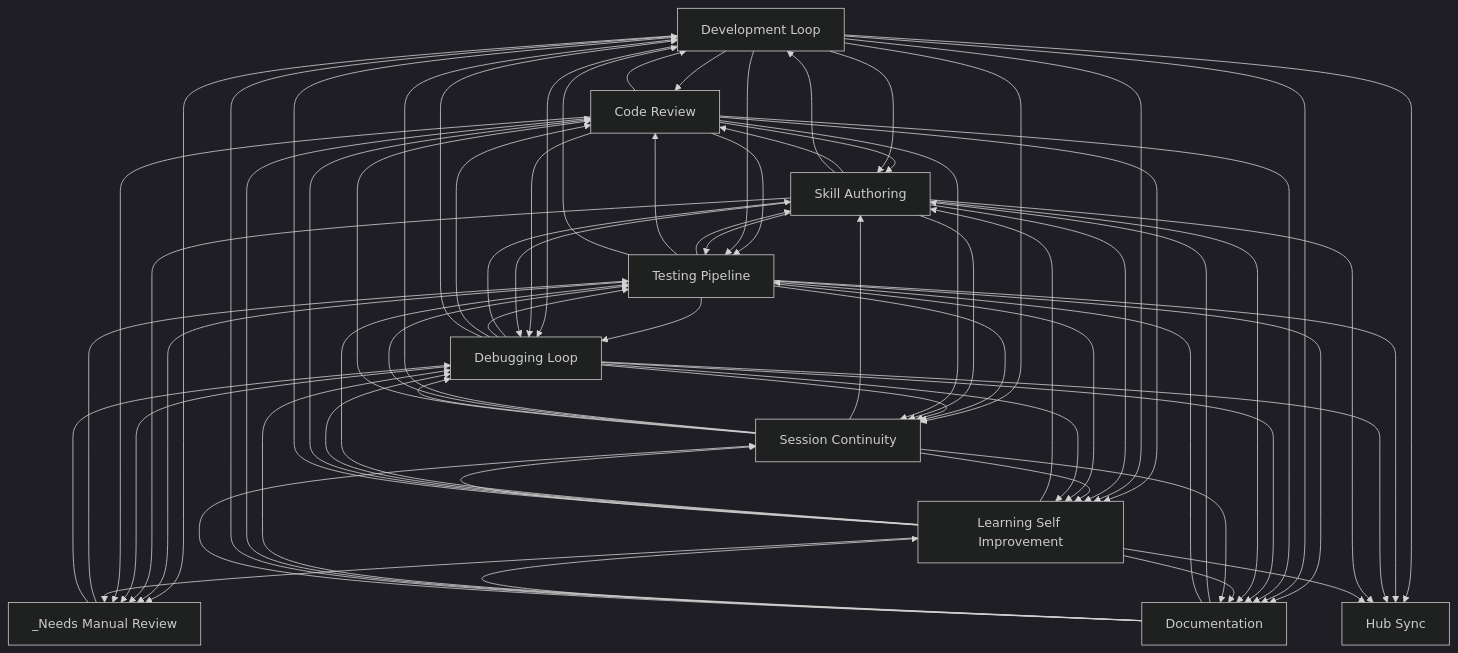
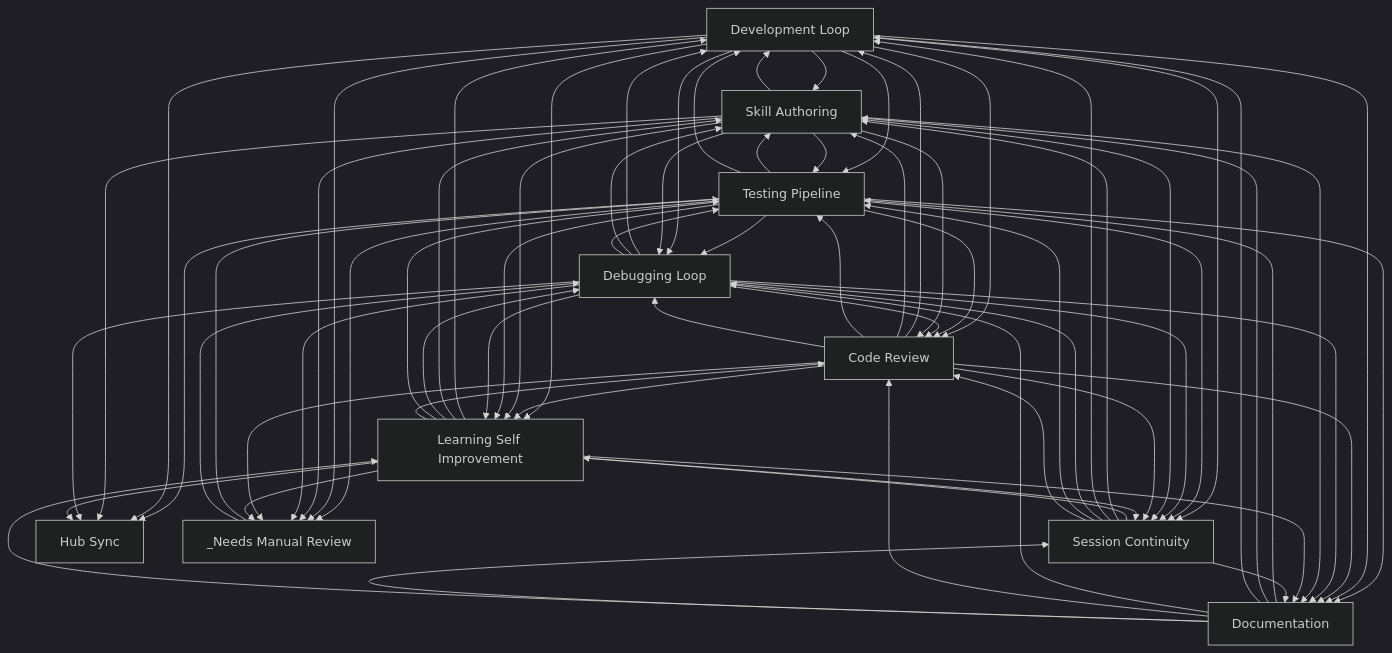
Before and after one commit to abhayla/claude-best-practices: the diagram in docs/workflows/INDEX.md, drawn with Mermaid (dark theme). The commit also changed other lines of this file and 12 other files, not shown here.

````diff
--- a/docs/workflows/INDEX.md
+++ b/docs/workflows/INDEX.md
@@ -22,82 +22,82 @@
 ```mermaid
 graph TD
     development_loop[Development Loop]
     testing_pipeline[Testing Pipeline]
     debugging_loop[Debugging Loop]
     learning_self_improvement[Learning Self Improvement]
     session_continuity[Session Continuity]
     skill_authoring[Skill Authoring]
     code_review[Code Review]
     documentation[Documentation]
     hub_sync[Hub Sync]
     _needs_manual_review[_Needs Manual Review]
+    documentation --> testing_pipeline
     documentation --> skill_authoring
-    documentation --> testing_pipeline
+    development_loop --> skill_authoring
+    development_loop --> code_review
     code_review --> development_loop
     code_review --> skill_authoring
-    development_loop --> code_review
-    development_loop --> skill_authoring
+    development_loop --> testing_pipeline
+    development_loop --> learning_self_improvement
+    code_review --> testing_pipeline
     code_review --> learning_self_improvement
-    code_review --> testing_pipeline
-    development_loop --> learning_self_improvement
-    development_loop --> testing_pipeline
+    testing_pipeline --> skill_authoring
     skill_authoring --> testing_pipeline
-    testing_pipeline --> skill_authoring
+    testing_pipeline --> development_loop
     testing_pipeline --> debugging_loop
     testing_pipeline --> code_review
-    testing_pipeline --> development_loop
     testing_pipeline --> documentation
+    debugging_loop --> development_loop
     debugging_loop --> skill_authoring
     debugging_loop --> testing_pipeline
     debugging_loop --> code_review
-    debugging_loop --> development_loop
     development_loop --> debugging_loop
     development_loop --> documentation
+    skill_authoring --> development_loop
     skill_authoring --> code_review
-    skill_authoring --> development_loop
     skill_authoring --> learning_self_improvement
+    testing_pipeline --> _needs_manual_review
     development_loop --> _needs_manual_review
-    testing_pipeline --> _needs_manual_review
+    code_review --> debugging_loop
+    documentation --> development_loop
     documentation --> debugging_loop
     documentation --> code_review
-    documentation --> development_loop
-    code_review --> debugging_loop
     code_review --> documentation
     development_loop --> session_continuity
     session_continuity --> learning_self_improvement
     _needs_manual_review --> testing_pipeline
     testing_pipeline --> session_continuity
     testing_pipeline --> learning_self_improvement
     debugging_loop --> session_continuity
     debugging_loop --> learning_self_improvement
     debugging_loop --> documentation
     documentation --> learning_self_improvement
     skill_authoring --> session_continuity
     skill_authoring --> debugging_loop
     _needs_manual_review --> debugging_loop
+    learning_self_improvement --> development_loop
     learning_self_improvement --> skill_authoring
+    learning_self_improvement --> debugging_loop
     learning_self_improvement --> testing_pipeline
-    learning_self_improvement --> debugging_loop
     learning_self_improvement --> code_review
-    learning_self_improvement --> development_loop
     skill_authoring --> _needs_manual_review
     debugging_loop --> _needs_manual_review
     code_review --> _needs_manual_review
     skill_authoring --> documentation
+    code_review --> session_continuity
     learning_self_improvement --> session_continuity
-    code_review --> session_continuity
     session_continuity --> skill_authoring
     learning_self_improvement --> documentation
     session_continuity --> development_loop
+    session_continuity --> debugging_loop
     session_continuity --> testing_pipeline
-    session_continuity --> debugging_loop
+    session_continuity --> code_review
     session_continuity --> documentation
-    session_continuity --> code_review
+    testing_pipeline --> hub_sync
     development_loop --> hub_sync
-    testing_pipeline --> hub_sync
+    skill_authoring --> hub_sync
     debugging_loop --> hub_sync
-    skill_authoring --> hub_sync
     learning_self_improvement --> hub_sync
     learning_self_improvement --> _needs_manual_review
     documentation --> session_continuity
 ```
````
